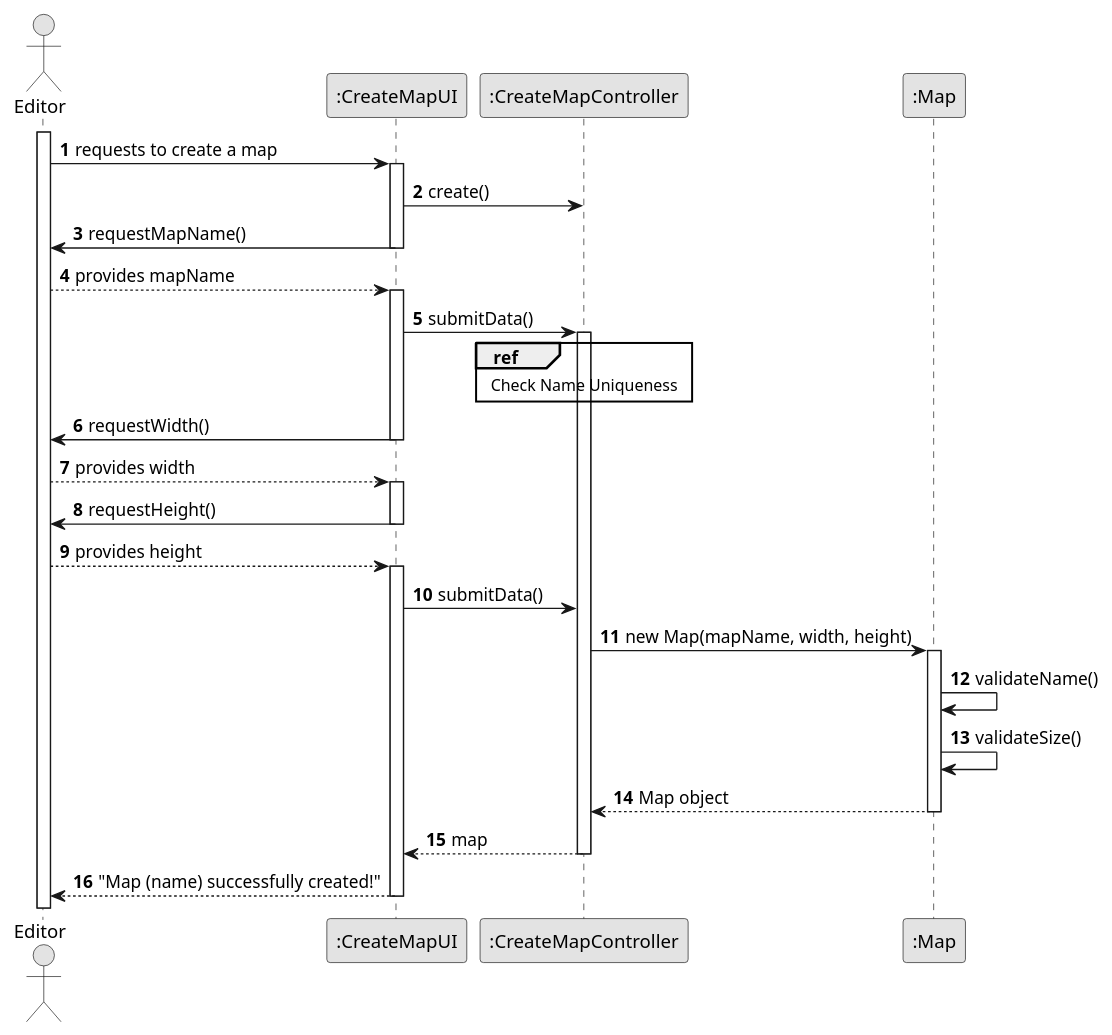
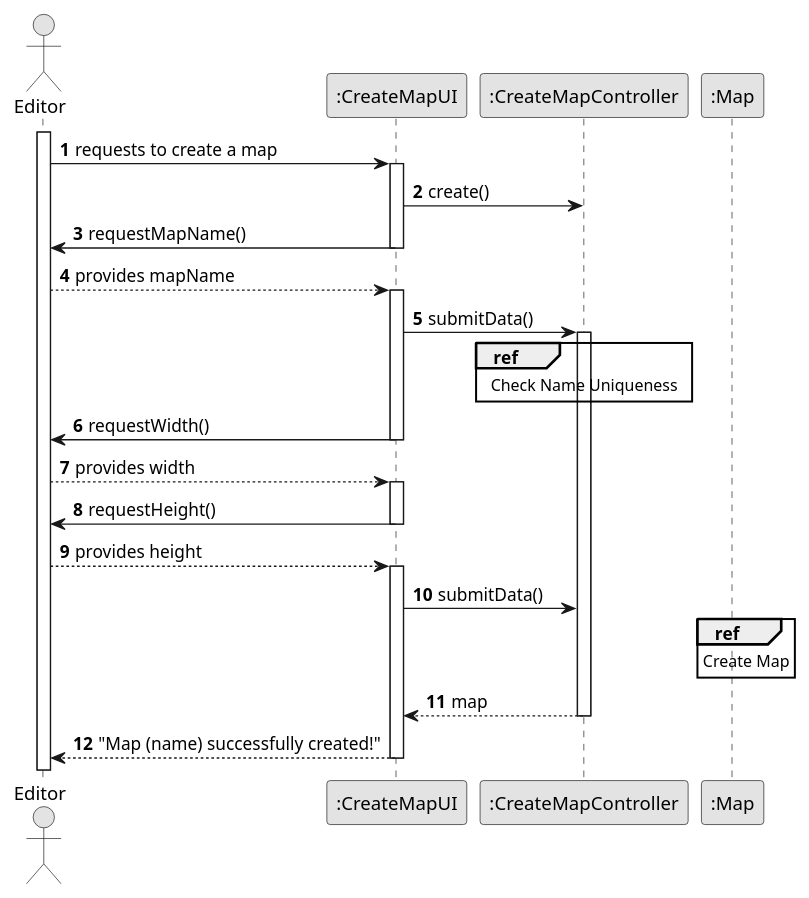
The diagram in docs/sprint2/us001/03.design/puml/us001-sd-split.puml (ivasduarte/all-aboard), drawn with PlantUML before and after one commit.

Commit message:
US001(docs): split sequence diagram update

```diff
--- a/docs/sprint2/us001/03.design/puml/us001-sd-split.puml
+++ b/docs/sprint2/us001/03.design/puml/us001-sd-split.puml
@@ -1,61 +1,59 @@
 @startuml
 skinparam monochrome true
 skinparam packageStyle rectangle
 skinparam shadowing false
 
 autonumber
 
 actor Editor
 
 participant ":CreateMapUI" as UI
 participant ":CreateMapController" as ctrl
 participant ":Map" as Map
 
 activate Editor
 Editor -> UI : requests to create a map
 
 activate UI
 UI -> ctrl : create()
 
 
 UI -> Editor : requestMapName()
 deactivate UI
 
 Editor --> UI : provides mapName
 activate UI
 
 UI -> ctrl : submitData()
 activate ctrl
 
     ref over ctrl
       Check Name Uniqueness
     end ref
 
 
 UI -> Editor : requestWidth()
 deactivate UI
 
 Editor --> UI : provides width
 activate UI
 
 UI -> Editor : requestHeight()
 deactivate UI
 
 Editor --> UI : provides height
 activate UI
 
 UI -> ctrl : submitData()
-ctrl -> Map : new Map(mapName, width, height)
-activate Map
 
-Map -> Map : validateName()
-Map -> Map : validateSize()
-Map --> ctrl : Map object
-deactivate Map
+    ref over Map
+        Create Map
+    end
+
 
 ctrl --> UI : map
 deactivate ctrl
 
 UI --> Editor : "Map (name) successfully created!"
 deactivate UI
 @enduml
```
